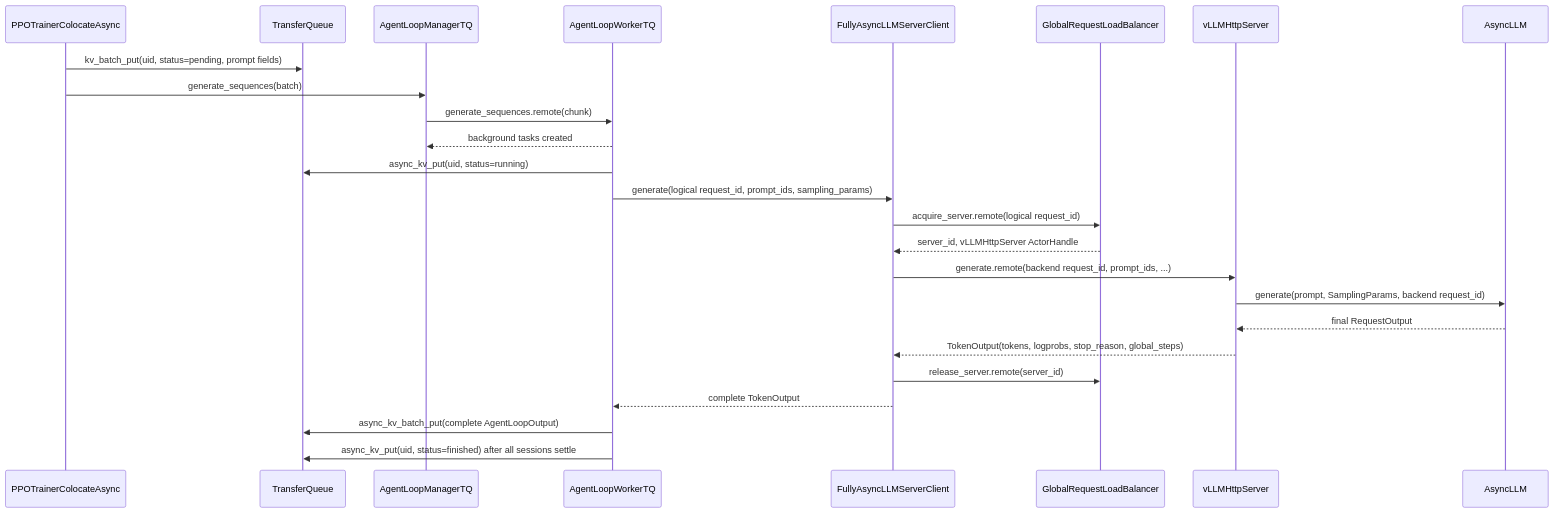
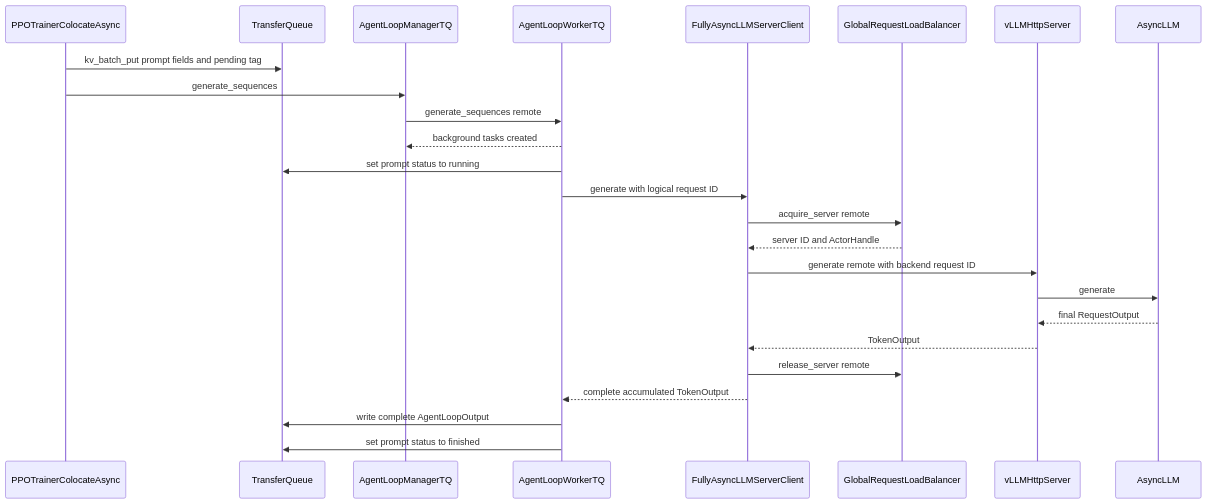
The second of 7 diagrams in multi_task_scheduler/references/15-verl-v0.9-hybrid-colocate-async-partial-rollout-interrupt-resume.md (niuypei/multi_task_verl), drawn with Mermaid before and after one commit. The commit also changed other lines of this file and 1 other file, not shown here.

Commit message:
docs: fix partial rollout diagrams and resume analysis

````diff
--- a/multi_task_scheduler/references/15-verl-v0.9-hybrid-colocate-async-partial-rollout-interrupt-resume.md
+++ b/multi_task_scheduler/references/15-verl-v0.9-hybrid-colocate-async-partial-rollout-interrupt-resume.md
@@ -368,28 +374,28 @@
 ```mermaid
 sequenceDiagram
-    participant PPOTrainerColocateAsync
-    participant TransferQueue
-    participant AgentLoopManagerTQ
-    participant AgentLoopWorkerTQ
-    participant FullyAsyncLLMServerClient
-    participant GlobalRequestLoadBalancer
-    participant vLLMHttpServer
-    participant AsyncLLM
+    participant Trainer as PPOTrainerColocateAsync
+    participant TQ as TransferQueue
+    participant Manager as AgentLoopManagerTQ
+    participant Worker as AgentLoopWorkerTQ
+    participant Client as FullyAsyncLLMServerClient
+    participant LB as GlobalRequestLoadBalancer
+    participant Server as vLLMHttpServer
+    participant Engine as AsyncLLM
 
-    PPOTrainerColocateAsync->>TransferQueue: kv_batch_put(uid, status=pending, prompt fields)
-    PPOTrainerColocateAsync->>AgentLoopManagerTQ: generate_sequences(batch)
-    AgentLoopManagerTQ->>AgentLoopWorkerTQ: generate_sequences.remote(chunk)
-    AgentLoopWorkerTQ-->>AgentLoopManagerTQ: background tasks created
-    AgentLoopWorkerTQ->>TransferQueue: async_kv_put(uid, status=running)
-    AgentLoopWorkerTQ->>FullyAsyncLLMServerClient: generate(logical request_id, prompt_ids, sampling_params)
-    FullyAsyncLLMServerClient->>GlobalRequestLoadBalancer: acquire_server.remote(logical request_id)
-    GlobalRequestLoadBalancer-->>FullyAsyncLLMServerClient: server_id, vLLMHttpServer ActorHandle
-    FullyAsyncLLMServerClient->>vLLMHttpServer: generate.remote(backend request_id, prompt_ids, ...)
-    vLLMHttpServer->>AsyncLLM: generate(prompt, SamplingParams, backend request_id)
-    AsyncLLM-->>vLLMHttpServer: final RequestOutput
-    vLLMHttpServer-->>FullyAsyncLLMServerClient: TokenOutput(tokens, logprobs, stop_reason, global_steps)
-    FullyAsyncLLMServerClient->>GlobalRequestLoadBalancer: release_server.remote(server_id)
-    FullyAsyncLLMServerClient-->>AgentLoopWorkerTQ: complete TokenOutput
-    AgentLoopWorkerTQ->>TransferQueue: async_kv_batch_put(complete AgentLoopOutput)
-    AgentLoopWorkerTQ->>TransferQueue: async_kv_put(uid, status=finished) after all sessions settle
+    Trainer->>TQ: kv_batch_put prompt fields and pending tag
+    Trainer->>Manager: generate_sequences
+    Manager->>Worker: generate_sequences remote
+    Worker-->>Manager: background tasks created
+    Worker->>TQ: set prompt status to running
+    Worker->>Client: generate with logical request ID
+    Client->>LB: acquire_server remote
+    LB-->>Client: server ID and ActorHandle
+    Client->>Server: generate remote with backend request ID
+    Server->>Engine: generate
+    Engine-->>Server: final RequestOutput
+    Server-->>Client: TokenOutput
+    Client->>LB: release_server remote
+    Client-->>Worker: complete accumulated TokenOutput
+    Worker->>TQ: write complete AgentLoopOutput
+    Worker->>TQ: set prompt status to finished
 ```
````
